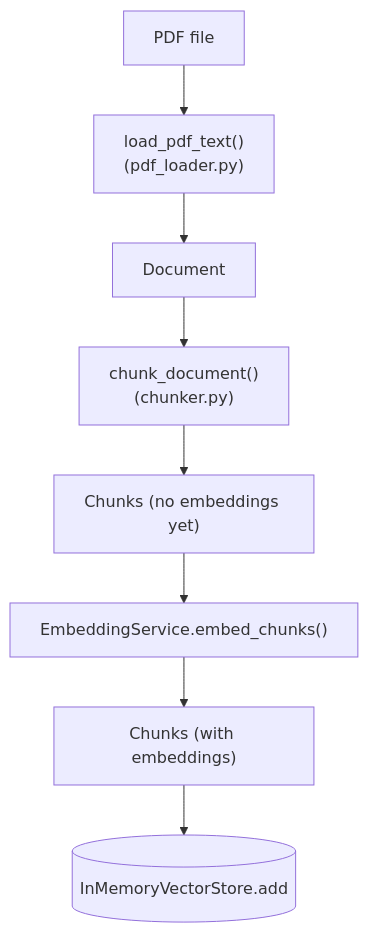
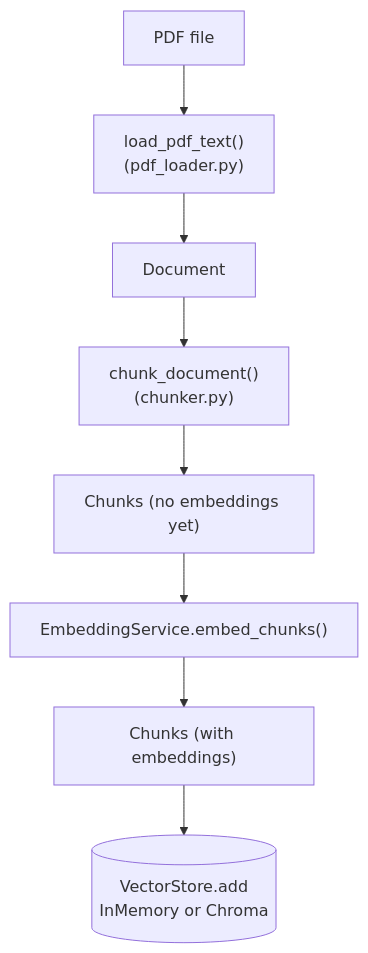
One commit to prakashsrv/docmind changed the second of 2 diagrams in docs/architecture.md. Above: the diagram before and after it, drawn with Mermaid. The commit also changed other lines of this file and 10 other files, not shown here.

````diff
--- a/docs/architecture.md
+++ b/docs/architecture.md
@@ -54,13 +54,13 @@
 ```mermaid
 flowchart TD
     PDF[PDF file]
     Loader["load_pdf_text()<br/>(pdf_loader.py)"]
     Document[Document]
     Chunker["chunk_document()<br/>(chunker.py)"]
     Chunks["Chunks (no embeddings yet)"]
     Embed["EmbeddingService.embed_chunks()"]
     ChunksEmbedded["Chunks (with embeddings)"]
-    Store[(InMemoryVectorStore.add)]
+    Store[(VectorStore.add<br/>InMemory or Chroma)]
 
     PDF --> Loader --> Document --> Chunker --> Chunks --> Embed --> ChunksEmbedded --> Store
 ```
````
